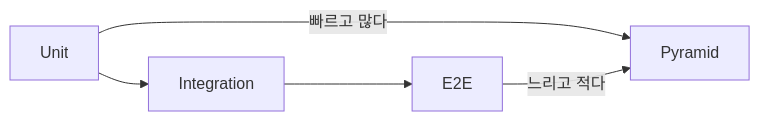
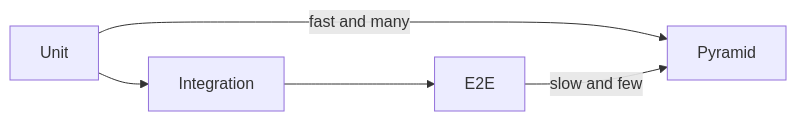
The diagram in content/backend-development-101/ko/08-testing-the-backend.md (yeongseon-books/book-content), drawn with Mermaid before and after one commit. The commit also changed other lines of this file and 9 other files, not shown here.

````diff
--- a/content/backend-development-101/ko/08-testing-the-backend.md
+++ b/content/backend-development-101/ko/08-testing-the-backend.md
@@ -38,7 +45,7 @@
 ```mermaid
 flowchart LR
     Unit["Unit"] --> Int["Integration"]
     Int --> E2E["E2E"]
-    Unit -->|"빠르고 많다"| Pyramid
-    E2E -->|"느리고 적다"| Pyramid
+    Unit -->|"fast and many"| Pyramid
+    E2E -->|"slow and few"| Pyramid
 ```
````
